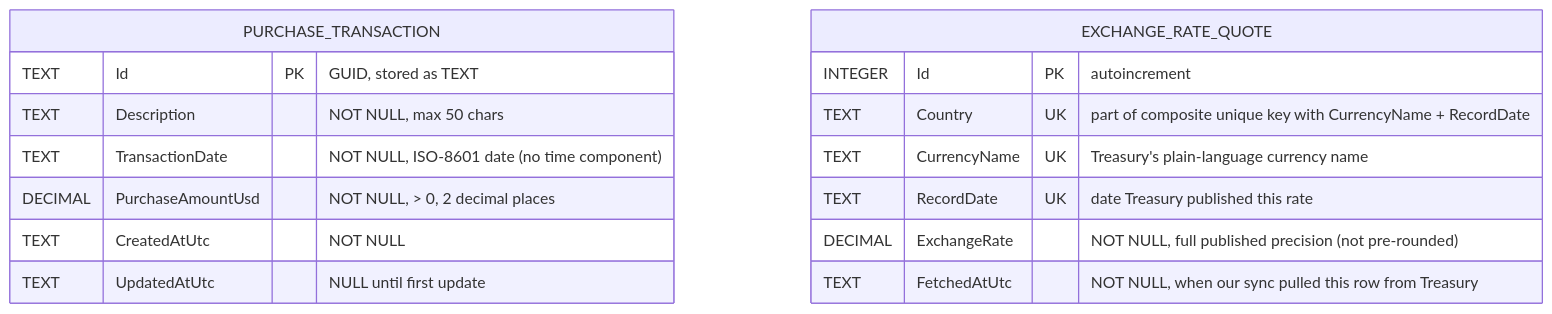
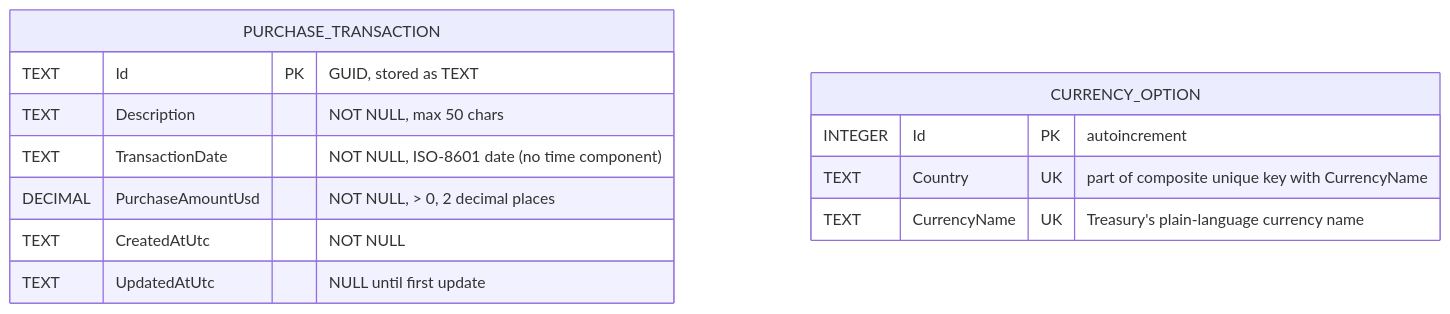
One commit to soflatechie/Wex.PurchasingPlatform changed the diagram in Design/DatabaseDesign.md. Above: the diagram before and after it, drawn with Mermaid. The commit also changed other lines of this file and 32 other files, not shown here.

````diff
--- a/Design/DatabaseDesign.md
+++ b/Design/DatabaseDesign.md
@@ -18,20 +16,17 @@
 ```mermaid
 erDiagram
     PURCHASE_TRANSACTION {
         TEXT Id PK "GUID, stored as TEXT"
         TEXT Description "NOT NULL, max 50 chars"
         TEXT TransactionDate "NOT NULL, ISO-8601 date (no time component)"
         DECIMAL PurchaseAmountUsd "NOT NULL, > 0, 2 decimal places"
         TEXT CreatedAtUtc "NOT NULL"
         TEXT UpdatedAtUtc "NULL until first update"
     }
 
-    EXCHANGE_RATE_QUOTE {
+    CURRENCY_OPTION {
         INTEGER Id PK "autoincrement"
-        TEXT Country UK "part of composite unique key with CurrencyName + RecordDate"
+        TEXT Country UK "part of composite unique key with CurrencyName"
         TEXT CurrencyName UK "Treasury's plain-language currency name"
-        TEXT RecordDate UK "date Treasury published this rate"
-        DECIMAL ExchangeRate "NOT NULL, full published precision (not pre-rounded)"
-        TEXT FetchedAtUtc "NOT NULL, when our sync pulled this row from Treasury"
     }
 ```
````
